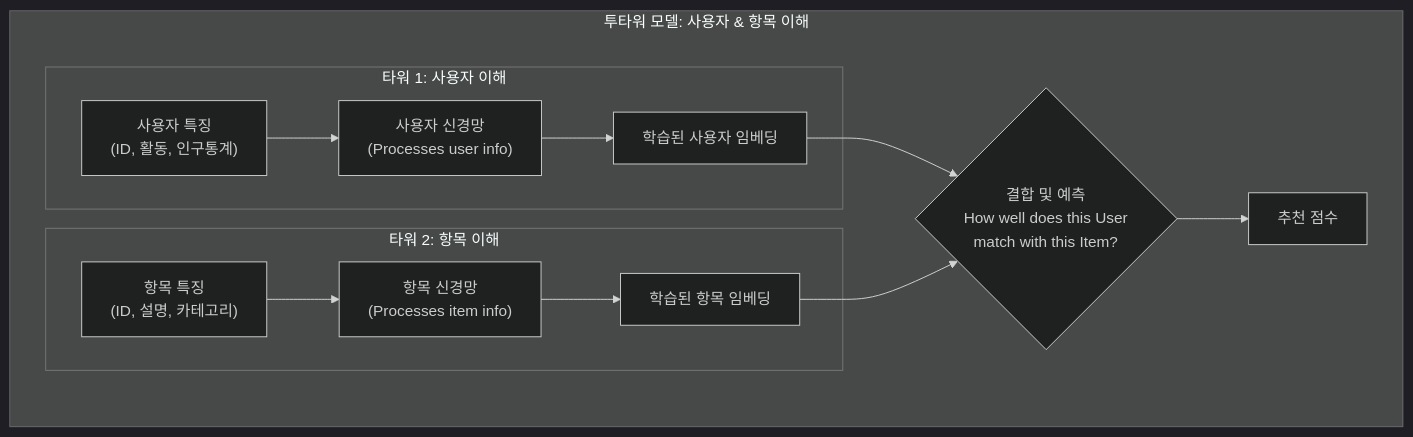
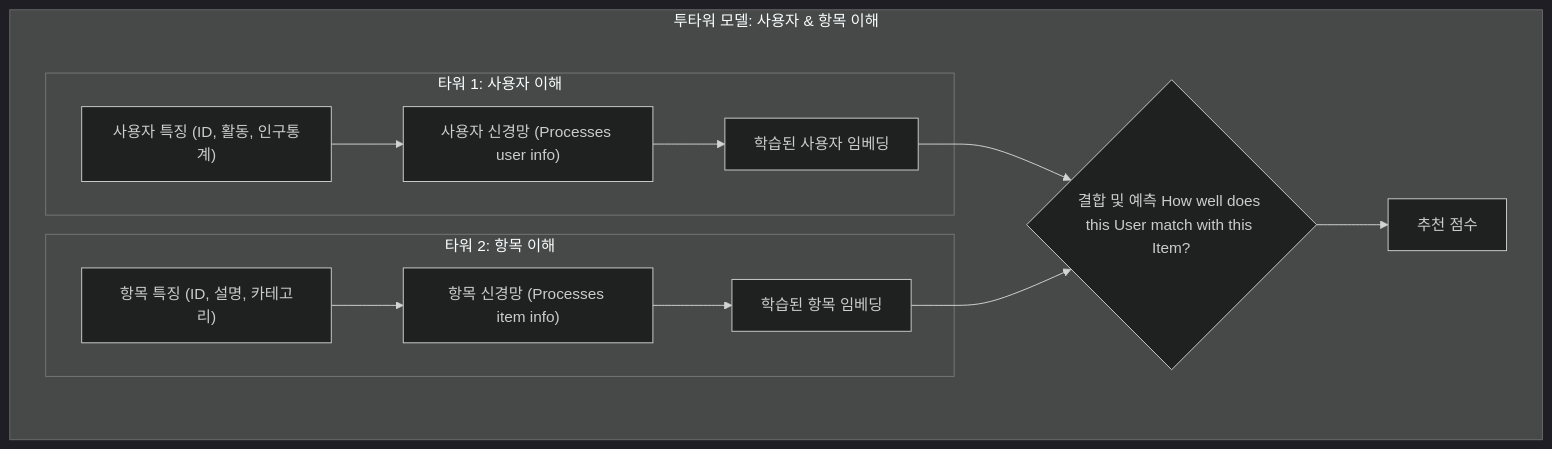
One commit to gh-shin/suggest-models-example changed the ninth of 11 diagrams in ConstructivistLearningPath.md. Above: the diagram before and after it, drawn with Mermaid (dark theme). The commit also changed other lines of this file, not shown here.

Commit message:
modify mermaid

````diff
--- a/ConstructivistLearningPath.md
+++ b/ConstructivistLearningPath.md
@@ -324,17 +354,17 @@
     ```mermaid
     graph TD
         subgraph "투타워 모델: 사용자 & 항목 이해"
             direction LR
             subgraph "타워 1: 사용자 이해"
-                U_Feat["사용자 특징\n(ID, 활동, 인구통계)"] --> U_NN["사용자 신경망\n(Processes user info)"] --> U_Embed["학습된 사용자 임베딩"]
+                U_Feat["사용자 특징 (ID, 활동, 인구통계)"] --> U_NN["사용자 신경망 (Processes user info)"] --> U_Embed["학습된 사용자 임베딩"]
             end
 
             subgraph "타워 2: 항목 이해"
-                I_Feat["항목 특징\n(ID, 설명, 카테고리)"] --> I_NN["항목 신경망\n(Processes item info)"] --> I_Embed["학습된 항목 임베딩"]
+                I_Feat["항목 특징 (ID, 설명, 카테고리)"] --> I_NN["항목 신경망 (Processes item info)"] --> I_Embed["학습된 항목 임베딩"]
             end
 
-            U_Embed --> Combine{"결합 및 예측\nHow well does this User\nmatch with this Item?"}
+            U_Embed --> Combine{"결합 및 예측 How well does this User match with this Item?"}
             I_Embed --> Combine
             Combine --> Prediction["추천 점수"]
         end
     ```
````
